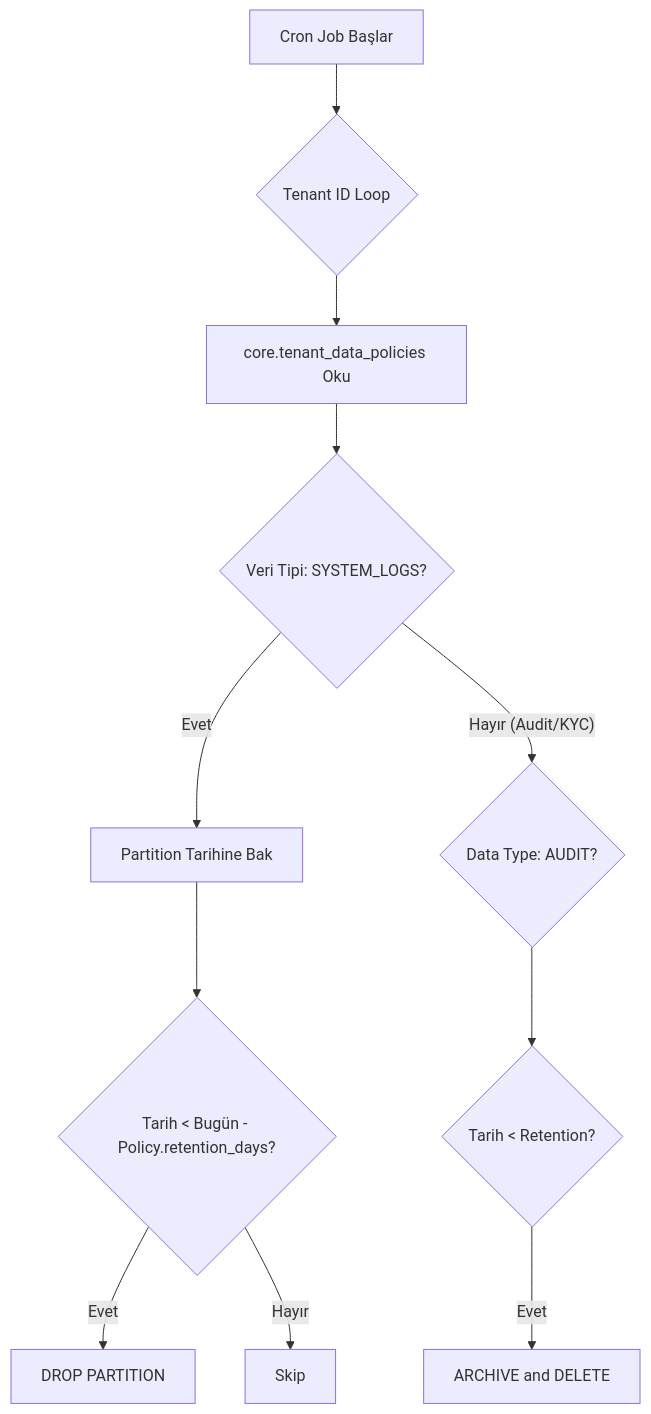
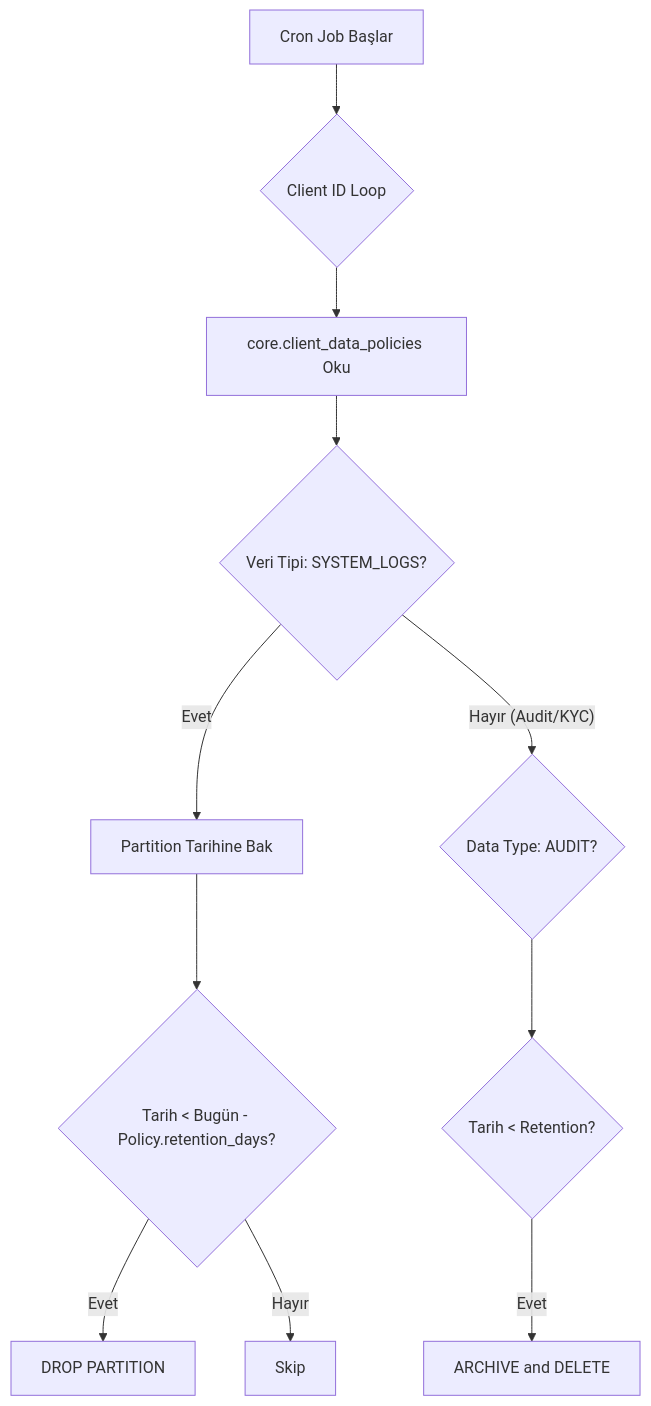
The diagram in .docs/reference/LOGSTRATEGY.md (frhtshn/One.DB), drawn with Mermaid before and after one commit. The commit also changed other lines of this file and 442 other files, not shown here.

First line of the commit message:
Nucleo → Sortis One ve tenant → client içerik güncellemeleri

````diff
--- a/.docs/reference/LOGSTRATEGY.md
+++ b/.docs/reference/LOGSTRATEGY.md
@@ -94,13 +94,13 @@
 ```mermaid
 flowchart TD
-    A[Cron Job Başlar] --> B{Tenant ID Loop}
-    B --> C[core.tenant_data_policies Oku]
+    A[Cron Job Başlar] --> B{Client ID Loop}
+    B --> C[core.client_data_policies Oku]
     C --> D{Veri Tipi: SYSTEM_LOGS?}
     D -- Evet --> E[Partition Tarihine Bak]
     E --> F{Tarih < Bugün - Policy.retention_days?}
     F -- Evet --> G[DROP PARTITION]
     F -- Hayır --> H[Skip]
     D -- Hayır (Audit/KYC) --> I{Data Type: AUDIT?}
     I --> J{Tarih < Retention?}
     J -- Evet --> K[ARCHIVE and DELETE]
 ```
````
